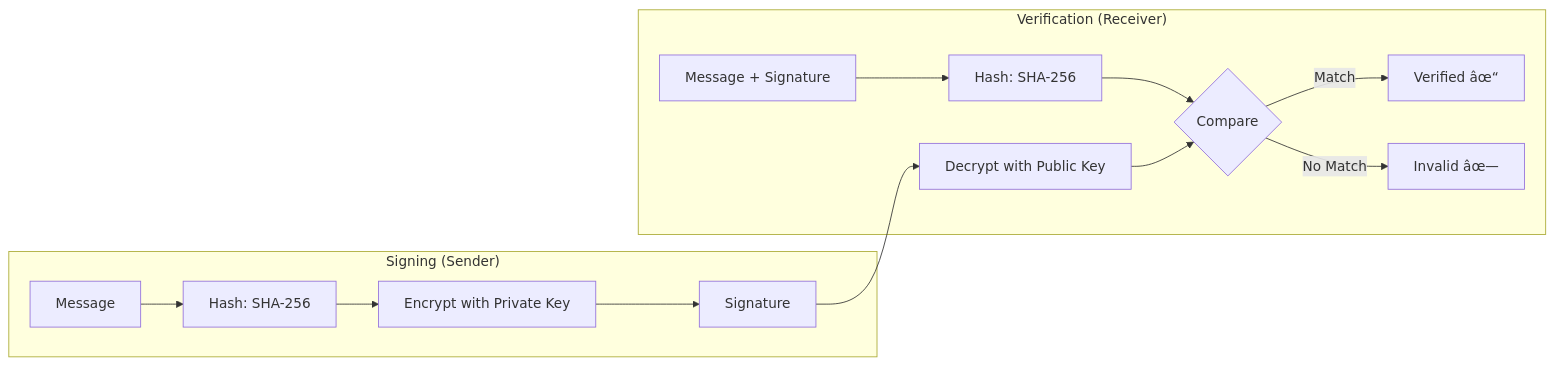
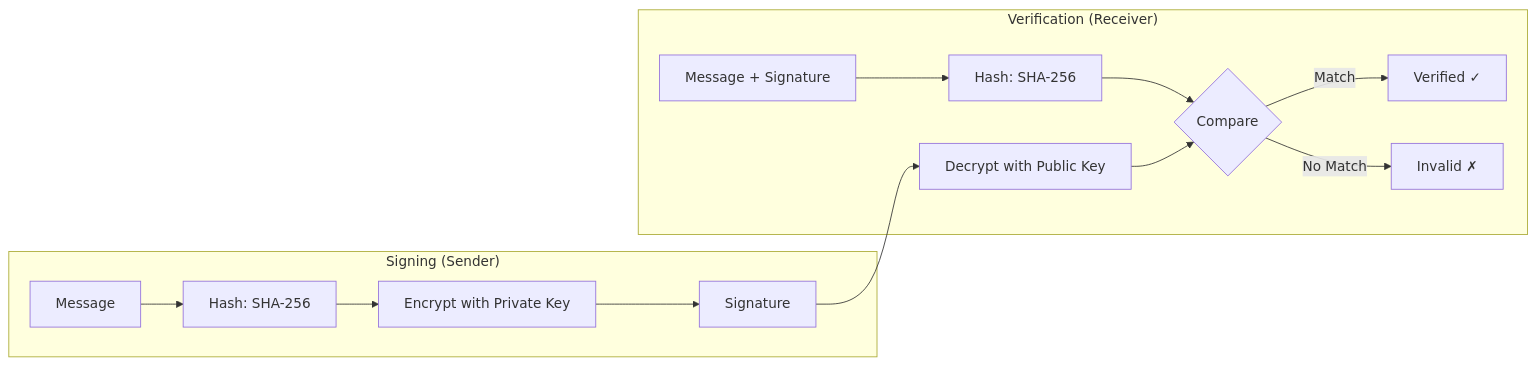
The third of 3 diagrams in docs/courses/professional-knowledge/09-information-security.md (Raushan666java/ai-engineering-journey), drawn with Mermaid before and after one commit. The commit also changed other lines of this file and 965 other files, not shown here.

````diff
--- a/docs/courses/professional-knowledge/09-information-security.md
+++ b/docs/courses/professional-knowledge/09-information-security.md
@@ -594,16 +594,16 @@
 ```mermaid
 graph LR
     subgraph "Signing (Sender)"
         M1[Message] --> H1[Hash: SHA-256]
         H1 --> E1[Encrypt with Private Key]
         E1 --> SIG[Signature]
     end
     subgraph "Verification (Receiver)"
         M2[Message + Signature] --> H2[Hash: SHA-256]
         SIG --> D1[Decrypt with Public Key]
         H2 --> CMP{Compare}
         D1 --> CMP
-        CMP -->|Match| OK[Verified âœ“]
-        CMP -->|No Match| FAIL[Invalid âœ—]
+        CMP -->|Match| OK[Verified ✓]
+        CMP -->|No Match| FAIL[Invalid ✗]
     end
 ```
````
